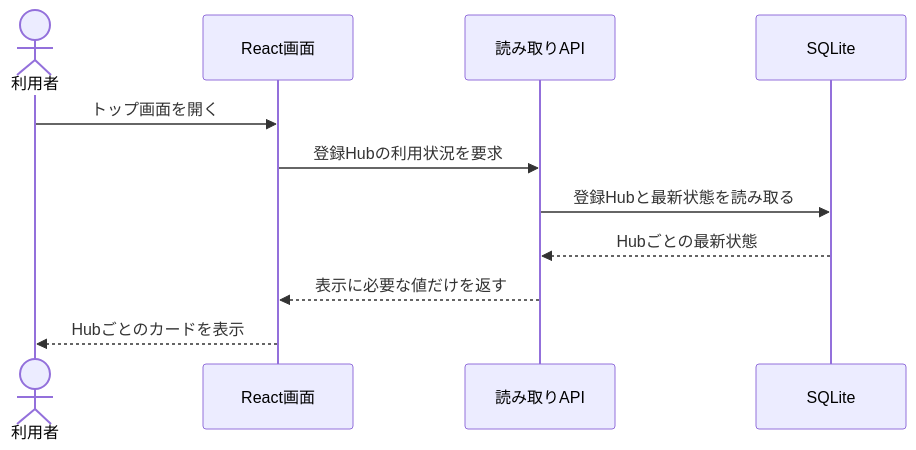
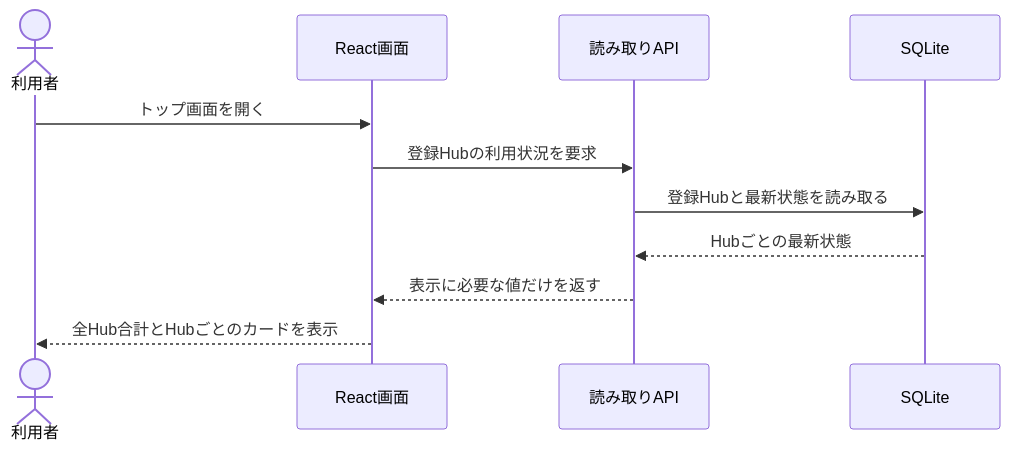
Before and after one commit to nuitsjp/token-monitor-analytics: the fourth of 5 diagrams in docs/architecture.md, drawn with Mermaid. The commit also changed other lines of this file and 3 other files, not shown here.

````diff
--- a/docs/architecture.md
+++ b/docs/architecture.md
@@ -95,13 +97,13 @@
 ```mermaid
 sequenceDiagram
   actor U as 利用者
   participant V as React画面
   participant A as 読み取りAPI
   participant D as SQLite
   U->>V: トップ画面を開く
   V->>A: 登録Hubの利用状況を要求
   A->>D: 登録Hubと最新状態を読み取る
   D-->>A: Hubごとの最新状態
   A-->>V: 表示に必要な値だけを返す
-  V-->>U: Hubごとのカードを表示
+  V-->>U: 全Hub合計とHubごとのカードを表示
 ```
````
